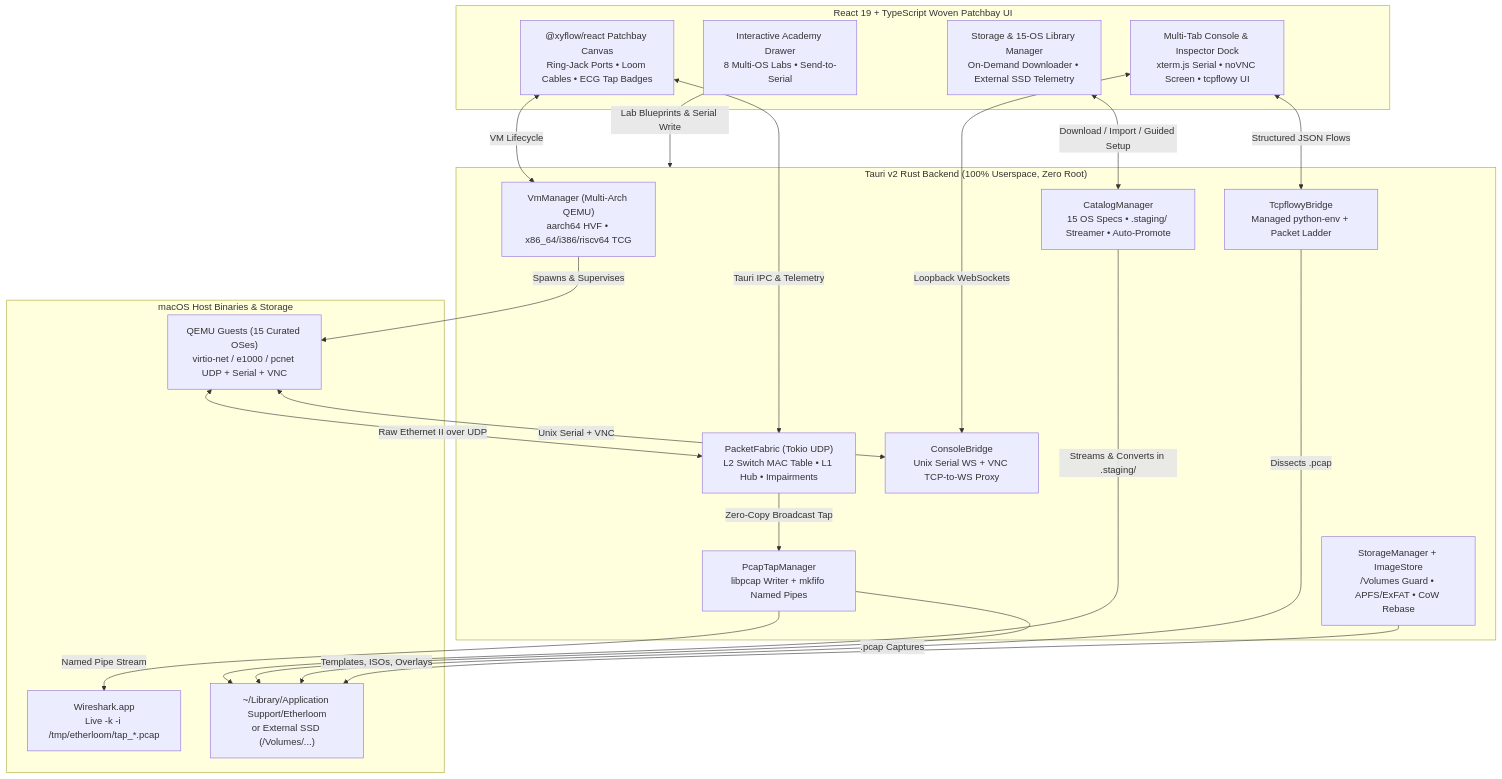
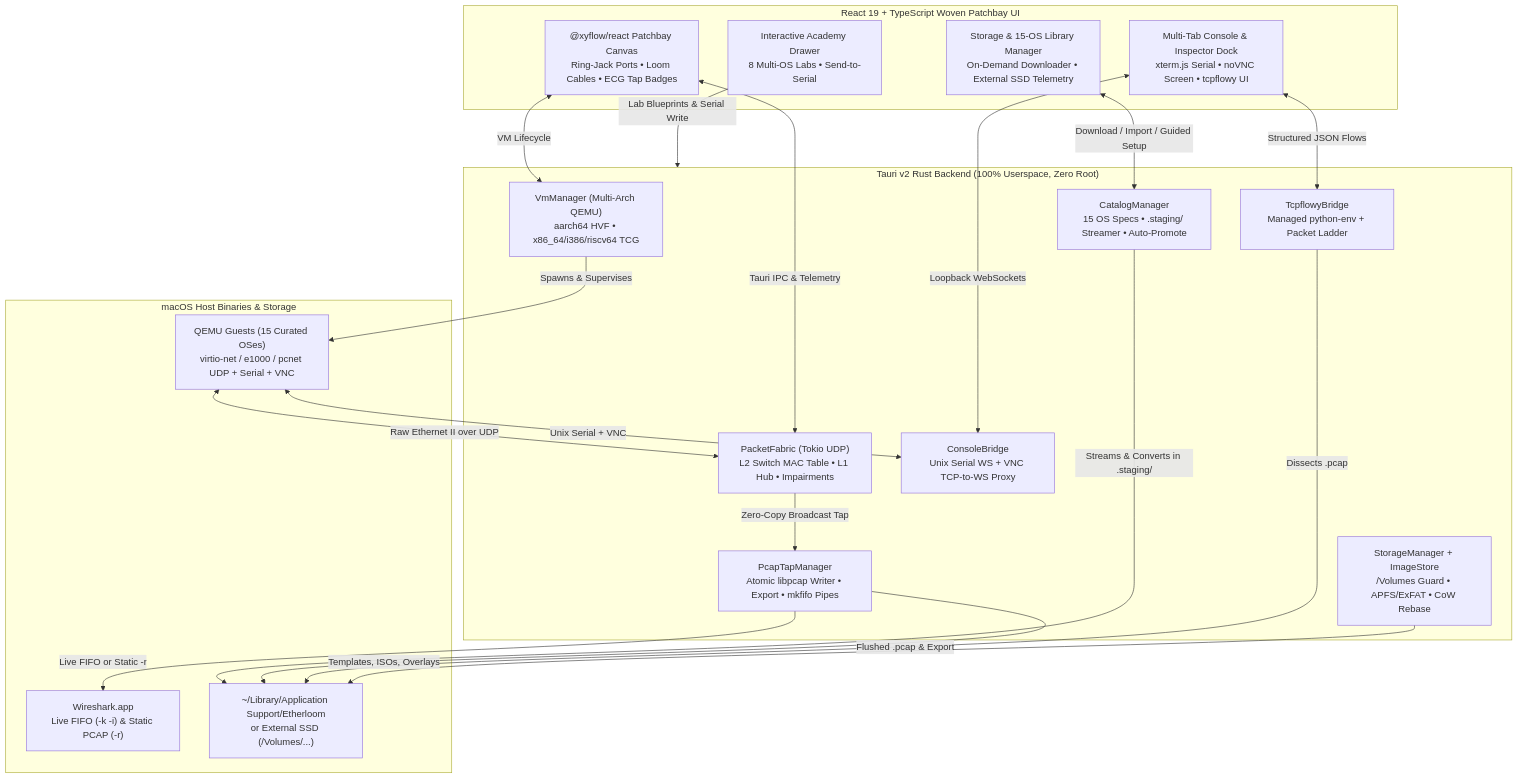
Before and after one commit to diorgulescu/etherloom: the diagram in README.md, drawn with Mermaid. The commit also changed other lines of this file and 12 other files, not shown here.

First line of the commit message:
feat(pcap): implement Phase 9 wire capture stop actions, PCAP export & Finder integration

````diff
--- a/README.md
+++ b/README.md
@@ -42,42 +42,42 @@
 ```mermaid
 flowchart TB
   subgraph UI["React 19 + TypeScript Woven Patchbay UI"]
     Canvas["@xyflow/react Patchbay Canvas\nRing-Jack Ports • Loom Cables • ECG Tap Badges"]
     LibModal["Storage & 15-OS Library Manager\nOn-Demand Downloader • External SSD Telemetry"]
     Dock["Multi-Tab Console & Inspector Dock\nxterm.js Serial • noVNC Screen • tcpflowy UI"]
     AcademyUI["Interactive Academy Drawer\n8 Multi-OS Labs • Send-to-Serial"]
   end
 
   subgraph Core["Tauri v2 Rust Backend (100% Userspace, Zero Root)"]
     Supervisor["VmManager (Multi-Arch QEMU)\naarch64 HVF • x86_64/i386/riscv64 TCG"]
     Catalog["CatalogManager\n15 OS Specs • .staging/ Streamer • Auto-Promote"]
     Fabric["PacketFabric (Tokio UDP)\nL2 Switch MAC Table • L1 Hub • Impairments"]
     Bridges["ConsoleBridge\nUnix Serial WS + VNC TCP-to-WS Proxy"]
-    Tap["PcapTapManager\nlibpcap Writer + mkfifo Named Pipes"]
+    Tap["PcapTapManager\nAtomic libpcap Writer • Export • mkfifo Pipes"]
     PyBridge["TcpflowyBridge\nManaged python-env + Packet Ladder"]
     Store["StorageManager + ImageStore\n/Volumes Guard • APFS/ExFAT • CoW Rebase"]
   end
 
   subgraph Host["macOS Host Binaries & Storage"]
     QEMU["QEMU Guests (15 Curated OSes)\nvirtio-net / e1000 / pcnet UDP + Serial + VNC"]
-    WS["Wireshark.app\nLive -k -i /tmp/etherloom/tap_*.pcap"]
+    WS["Wireshark.app\nLive FIFO (-k -i) & Static PCAP (-r)"]
     Disk["~/Library/Application Support/Etherloom\nor External SSD (/Volumes/...)"]
   end
 
   Canvas <-->|Tauri IPC & Telemetry| Fabric
   Canvas <-->|VM Lifecycle| Supervisor
   LibModal <-->|Download / Import / Guided Setup| Catalog
   AcademyUI -->|Lab Blueprints & Serial Write| Core
   Dock <-->|Loopback WebSockets| Bridges
   Dock <-->|Structured JSON Flows| PyBridge
 
   Catalog -->|Streams & Converts in .staging/| Disk
   Supervisor -->|Spawns & Supervises| QEMU
   QEMU <-->|Raw Ethernet II over UDP| Fabric
   QEMU <-->|Unix Serial + VNC| Bridges
   Fabric -->|Zero-Copy Broadcast Tap| Tap
-  Tap -->|Named Pipe Stream| WS
-  Tap -->|.pcap Captures| Disk
+  Tap -->|Live FIFO or Static -r| WS
+  Tap -->|Flushed .pcap & Export| Disk
   PyBridge -->|Dissects .pcap| Disk
   Store -->|Templates, ISOs, Overlays| Disk
 ```
````
